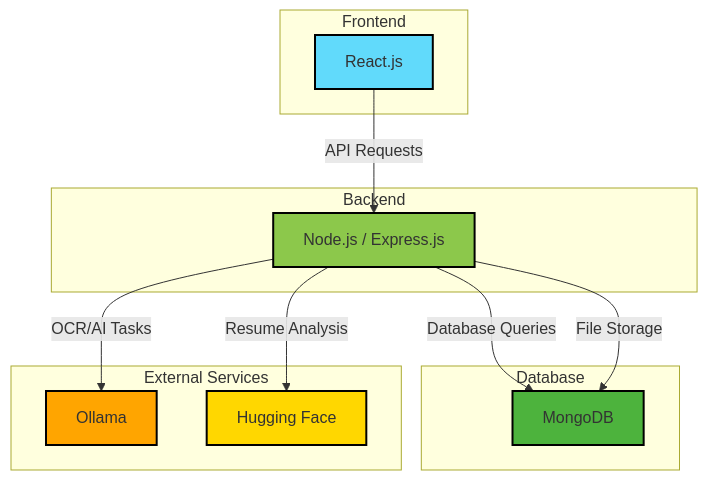
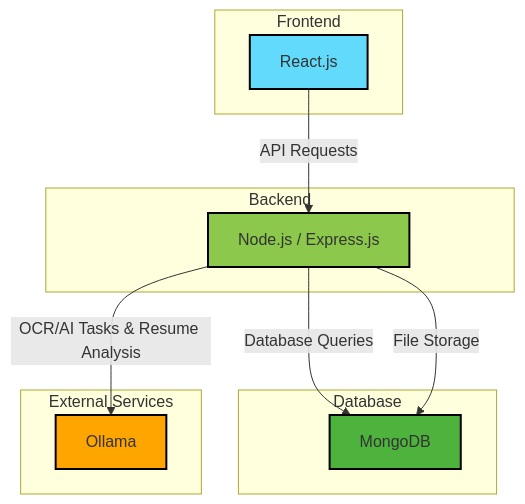
The diagram in architecture.md (MohammedAshikM3003/Placement-Portal), drawn with Mermaid before and after one commit. The commit also changed 7 other files, not shown here.

First line of the commit message:
refactor: Remove unused Hugging Face references and fix certificate popups

````diff
--- a/architecture.md
+++ b/architecture.md
@@ -1,31 +1,29 @@
 ```mermaid
 graph TD
     subgraph Frontend
         A[React.js]
     end
 
     subgraph Backend
         B[Node.js / Express.js]
     end
 
     subgraph Database
         C[MongoDB]
     end
 
     subgraph "External Services"
         D[Ollama]
-        E[Hugging Face]
+
     end
 
     A -- "API Requests" --> B
     B -- "Database Queries" --> C
     B -- "File Storage" --> C
-    B -- "OCR/AI Tasks" --> D
-    B -- "Resume Analysis" --> E
+    B -- "OCR/AI Tasks & Resume Analysis" --> D
 
     style A fill:#61DAFB,stroke:#000,stroke-width:2px
     style B fill:#8CC84B,stroke:#000,stroke-width:2px
     style C fill:#4DB33D,stroke:#000,stroke-width:2px
     style D fill:#FFA500,stroke:#000,stroke-width:2px
-    style E fill:#FFD700,stroke:#000,stroke-width:2px
 ```
````
